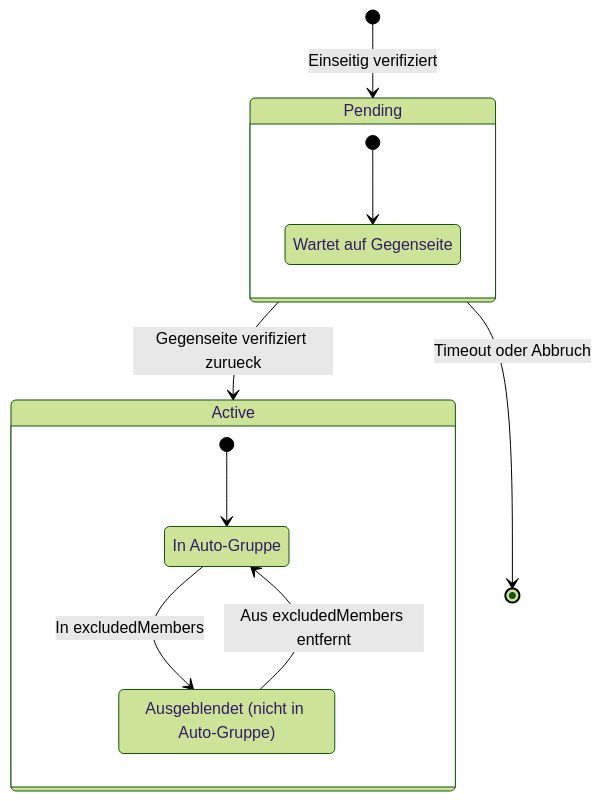
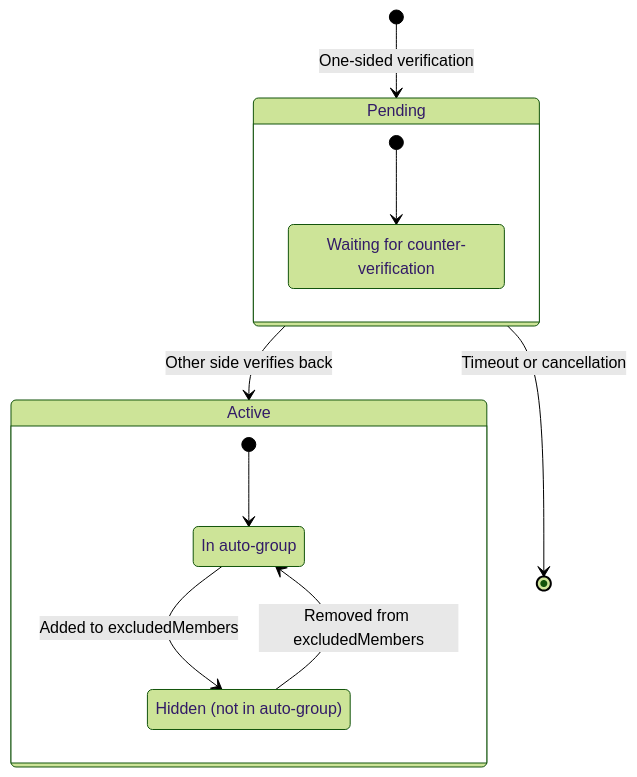
Before and after one commit to IT4Change/web-of-trust: the eighth of 8 diagrams in docs/flows/02-verification-technical.md, drawn with Mermaid (forest theme). The commit also changed other lines of this file and 6 other files, not shown here.

````diff
--- a/docs/flows/02-verification-technical.md
+++ b/docs/flows/02-verification-technical.md
@@ -260,20 +262,20 @@
 ```mermaid
 stateDiagram-v2
-    [*] --> Pending: Einseitig verifiziert
+    [*] --> Pending: One-sided verification
 
-    Pending --> Active: Gegenseite verifiziert zurueck
-    Pending --> [*]: Timeout oder Abbruch
+    Pending --> Active: Other side verifies back
+    Pending --> [*]: Timeout or cancellation
 
     state Active {
         [*] --> InAutoGroup
-        InAutoGroup: In Auto-Gruppe
-        InAutoGroup --> Excluded: In excludedMembers
-        Excluded --> InAutoGroup: Aus excludedMembers entfernt
-        Excluded: Ausgeblendet (nicht in Auto-Gruppe)
+        InAutoGroup: In auto-group
+        InAutoGroup --> Excluded: Added to excludedMembers
+        Excluded --> InAutoGroup: Removed from excludedMembers
+        Excluded: Hidden (not in auto-group)
     }
 
     state Pending {
         [*] --> WaitingForMutual
-        WaitingForMutual: Wartet auf Gegenseite
+        WaitingForMutual: Waiting for counter-verification
     }
 ```
````
